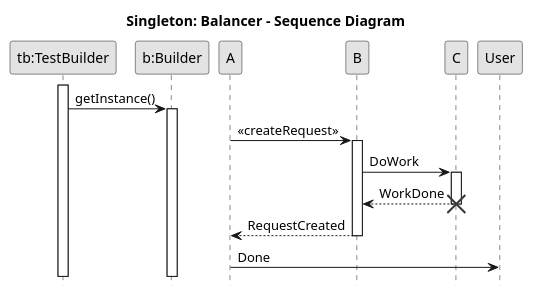
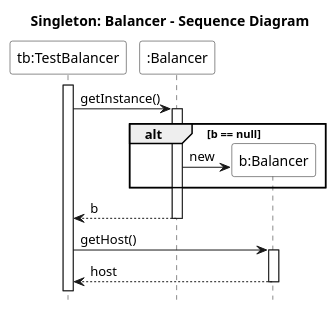
Before and after one commit to dmi-tutorato-ids/materiale: the diagram in DesignPattern/Singleton/Balancer/uml/sequence_diagram.puml, drawn with PlantUML. The commit also changed 2 other files, not shown here.

Commit message:
feat: Add sequence diagram

```diff
--- a/DesignPattern/Singleton/Balancer/uml/sequence_diagram.puml
+++ b/DesignPattern/Singleton/Balancer/uml/sequence_diagram.puml
@@ -3,31 +3,43 @@
 @startuml
 ' START STYLE
 skinparam {
 	monochrome true
-	shadowing false
+	'shadowing false
+}
+skinparam sequence {
+	participantBackgroundColor white
 }
 hide footbox
 ' END STYLE
 
 title Singleton: Balancer - Sequence Diagram
 
-activate "tb:TestBuilder"
-"tb:TestBuilder" -> "b:Builder": getInstance()
-activate "b:Builder"
+' Aggiungo delle etichette
+participant "tb:TestBalancer" as tb
+participant ":Balancer" as BB
+participant "b:Balancer" as b
 
-A -> B: << createRequest >>
-activate B
+' attivo il main
+activate tb
 
-B -> C: DoWork
-activate C
-C --> B: WorkDone
-destroy C
+' chiamata a Balancer.getInstance()
+tb -> BB: getInstance()
+activate BB
 
-B --> A: RequestCreated
-deactivate B
+' chiamata al costruttore se b == null
+alt b == null
+	BB -> b ** : new
+end
 
-A -> User: Done
-deactivate A
+' return b (instance)
+BB --> tb: b
+deactivate BB
+
+' chiamo b.getHost()
+tb -> b: getHost()
+activate b
+b --> tb: host
+deactivate b
 
 
 @enduml
```
